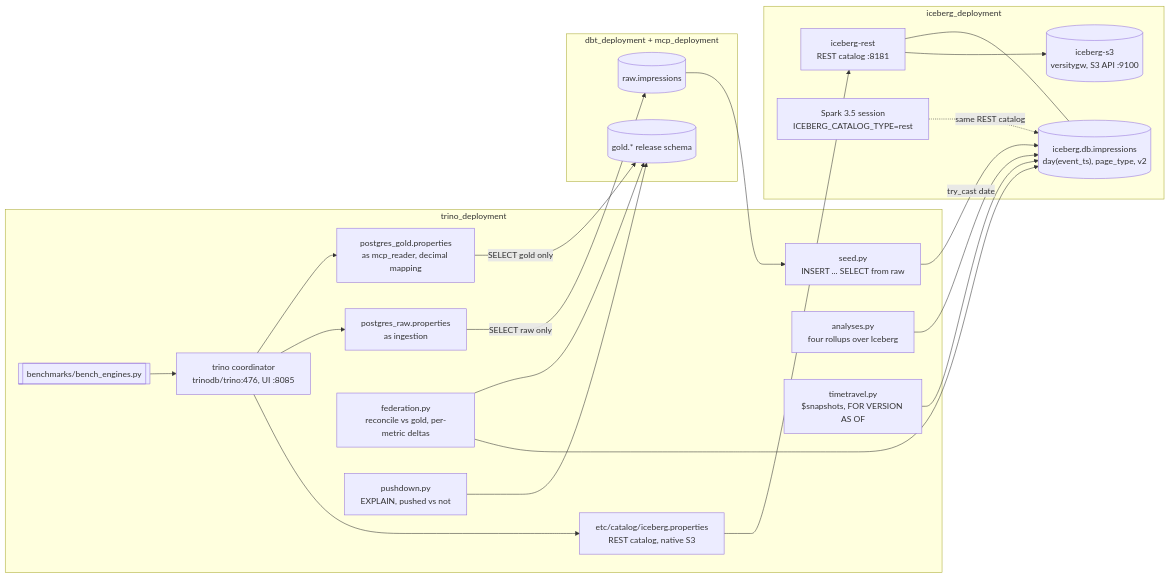
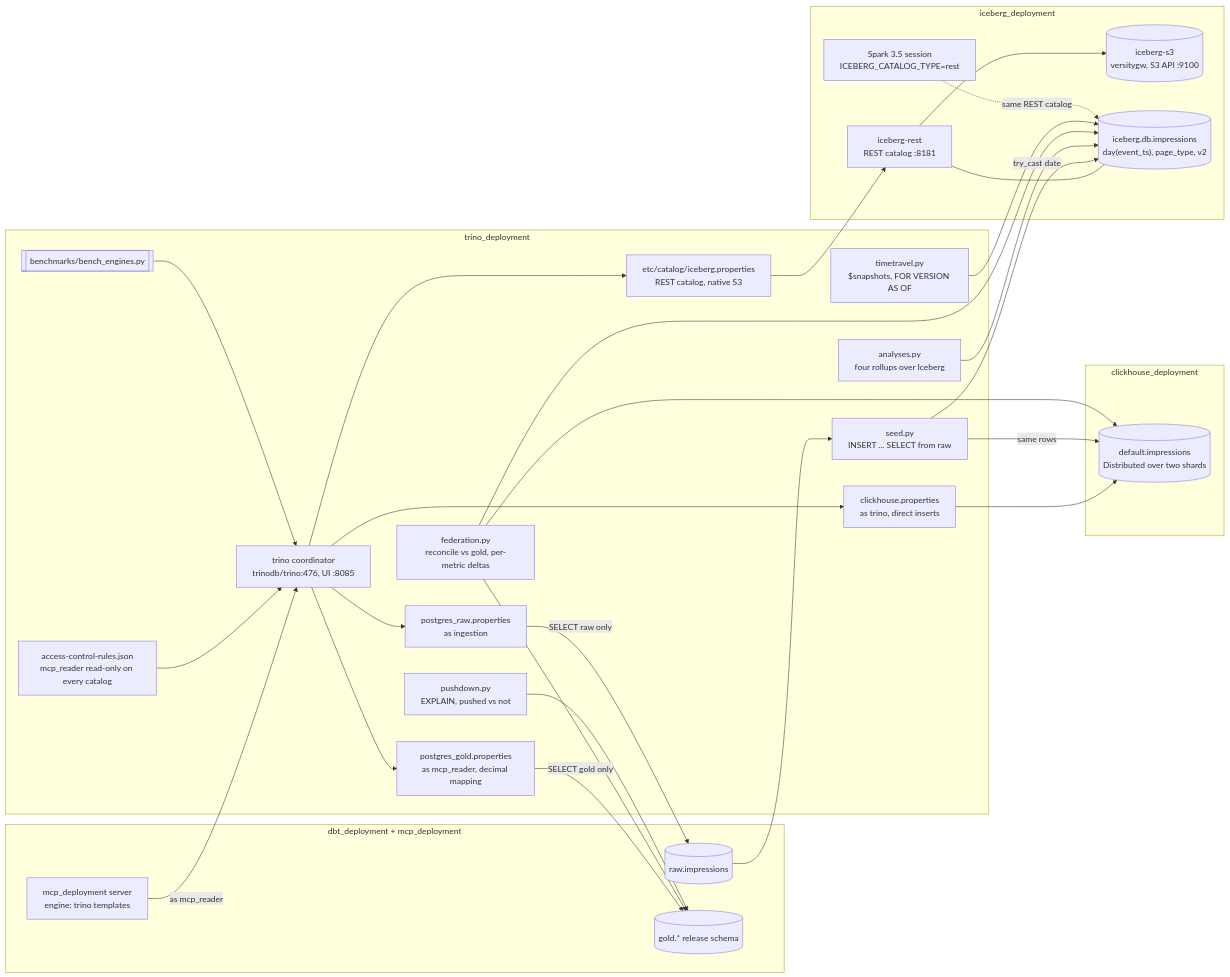
The diagram in trino_deployment/README.md (rubinder/data_processing), drawn with Mermaid before and after one commit. The commit also changed other lines of this file and 32 other files, not shown here.

First line of the commit message:
Trino: ClickHouse catalog with a three-way reconciliation; Trino as a second engine behind the MCP templates

````diff
--- a/trino_deployment/README.md
+++ b/trino_deployment/README.md
@@ -37,38 +43,49 @@
 ```mermaid
 flowchart LR
     subgraph module["trino_deployment"]
         trino["trino coordinator<br/>trinodb/trino:476, UI :8085"]
         cat_ice["etc/catalog/iceberg.properties<br/>REST catalog, native S3"]
         cat_raw["postgres_raw.properties<br/>as ingestion"]
         cat_gold["postgres_gold.properties<br/>as mcp_reader, decimal mapping"]
+        cat_ch["clickhouse.properties<br/>as trino, direct inserts"]
+        acl["access-control-rules.json<br/>mcp_reader read-only on every catalog"]
         seed["seed.py<br/>INSERT ... SELECT from raw"]
         analyses["analyses.py<br/>four rollups over Iceberg"]
         fed["federation.py<br/>reconcile vs gold, per-metric deltas"]
         tt["timetravel.py<br/>$snapshots, FOR VERSION AS OF"]
         push["pushdown.py<br/>EXPLAIN, pushed vs not"]
         bench[["benchmarks/bench_engines.py"]]
     end
     subgraph lake["iceberg_deployment"]
         rest["iceberg-rest<br/>REST catalog :8181"]
         s3[("iceberg-s3<br/>versitygw, S3 API :9100")]
         table[("iceberg.db.impressions<br/>day(event_ts), page_type, v2")]
         spark["Spark 3.5 session<br/>ICEBERG_CATALOG_TYPE=rest"]
     end
     subgraph wh["dbt_deployment + mcp_deployment"]
         raw[("raw.impressions")]
         gold[("gold.* release schema")]
+        mcp["mcp_deployment server<br/>engine: trino templates"]
+    end
+    subgraph chc["clickhouse_deployment"]
+        ch[("default.impressions<br/>Distributed over two shards")]
     end
     trino --> cat_ice --> rest --> s3
     rest --- table
     trino --> cat_raw -->|"SELECT raw only"| raw
     trino --> cat_gold -->|"SELECT gold only"| gold
+    trino --> cat_ch --> ch
+    acl --> trino
+    mcp -->|"as mcp_reader"| trino
     seed -->|"try_cast date"| table
+    seed -->|"same rows"| ch
     raw --> seed
+    fed --> ch
     analyses --> table
     fed --> table
     fed --> gold
     tt --> table
     push --> gold
     bench --> trino
     spark -.->|"same REST catalog"| table
 ```
````
